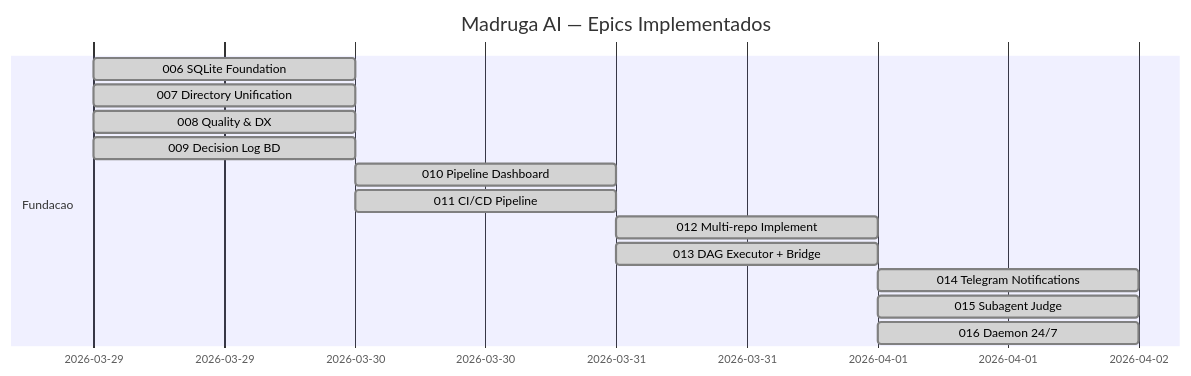
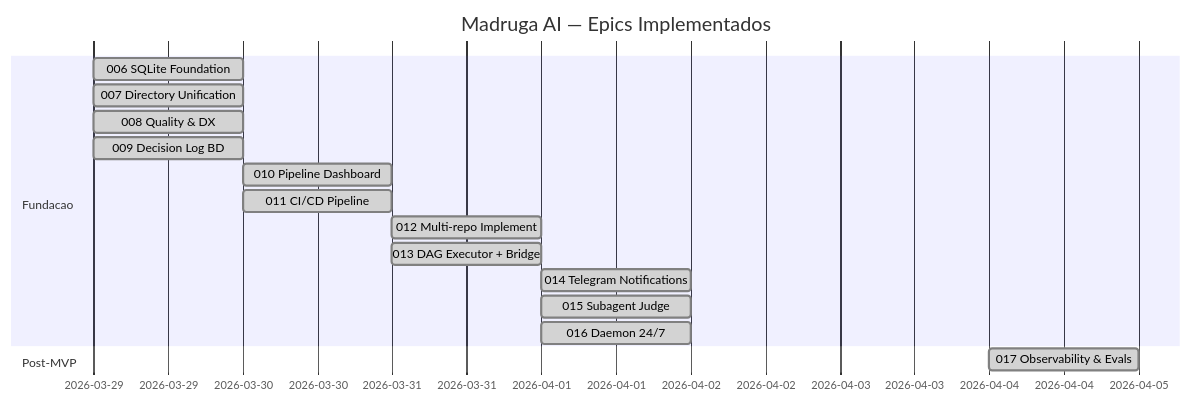
The first of 3 diagrams in platforms/madruga-ai/planning/roadmap.md (paceautomations/madruga.ai), drawn with Mermaid before and after one commit. The commit also changed other lines of this file and 63 other files, not shown here.

First line of the commit message:
feat: epic 017 — observability, tracing e evals (full L2 cycle)

````diff
--- a/platforms/madruga-ai/planning/roadmap.md
+++ b/platforms/madruga-ai/planning/roadmap.md
@@ -33,17 +33,19 @@
 ```mermaid
 gantt
     title Madruga AI — Epics Implementados
     dateFormat YYYY-MM-DD
     section Fundacao
     006 SQLite Foundation       :done, e006, 2026-03-29, 1d
     007 Directory Unification   :done, e007, 2026-03-29, 1d
     008 Quality & DX            :done, e008, 2026-03-29, 1d
     009 Decision Log BD         :done, e009, 2026-03-29, 1d
     010 Pipeline Dashboard      :done, e010, 2026-03-30, 1d
     011 CI/CD Pipeline          :done, e011, 2026-03-30, 1d
     012 Multi-repo Implement   :done, e012, 2026-03-31, 1d
     013 DAG Executor + Bridge    :done, e013, 2026-03-31, 1d
     014 Telegram Notifications   :done, e014, 2026-04-01, 1d
     015 Subagent Judge           :done, e015, 2026-04-01, 1d
     016 Daemon 24/7              :done, e016, 2026-04-01, 1d
+    section Post-MVP
+    017 Observability & Evals    :done, e017, 2026-04-04, 1d
 ```
````
